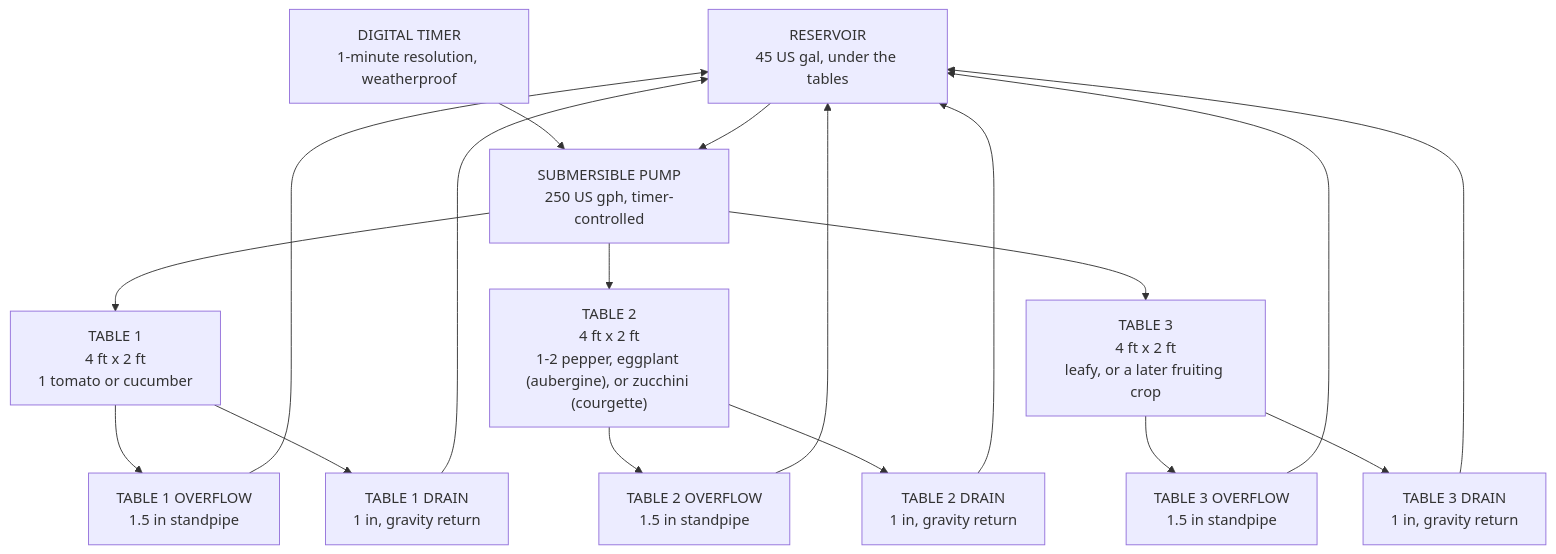
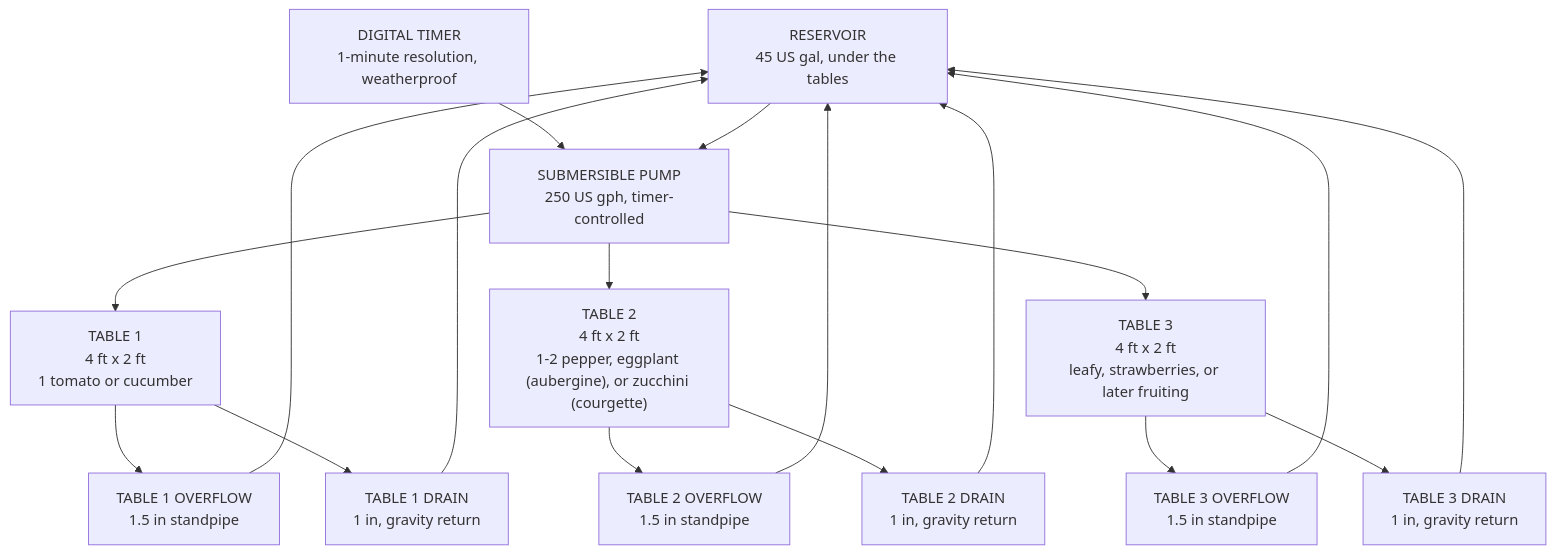
The second of 3 diagrams in guide/ebb-and-flow/01-ebb-flow-basics.md (UncleJS/guide_hydroponics), drawn with Mermaid before and after one commit. The commit also changed other lines of this file and 22 other files, not shown here.

````diff
--- a/guide/ebb-and-flow/01-ebb-flow-basics.md
+++ b/guide/ebb-and-flow/01-ebb-flow-basics.md
@@ -99,33 +99,33 @@
 ```mermaid
 flowchart TD
     RES["RESERVOIR<br/>45 US gal, under the tables"]
     PUMP["SUBMERSIBLE PUMP<br/>250 US gph, timer-controlled"]
     TIMER["DIGITAL TIMER<br/>1-minute resolution, weatherproof"]
     T1["TABLE 1<br/>4 ft x 2 ft<br/>1 tomato or cucumber"]
     T2["TABLE 2<br/>4 ft x 2 ft<br/>1-2 pepper, eggplant (aubergine), or zucchini (courgette)"]
-    T3["TABLE 3<br/>4 ft x 2 ft<br/>leafy, or a later fruiting crop"]
+    T3["TABLE 3<br/>4 ft x 2 ft<br/>leafy, strawberries, or later fruiting"]
     OF1["TABLE 1 OVERFLOW<br/>1.5 in standpipe"]
     OF2["TABLE 2 OVERFLOW<br/>1.5 in standpipe"]
     OF3["TABLE 3 OVERFLOW<br/>1.5 in standpipe"]
     DR1["TABLE 1 DRAIN<br/>1 in, gravity return"]
     DR2["TABLE 2 DRAIN<br/>1 in, gravity return"]
     DR3["TABLE 3 DRAIN<br/>1 in, gravity return"]
 
     TIMER --> PUMP
     RES --> PUMP
     PUMP --> T1
     PUMP --> T2
     PUMP --> T3
     T1 --> OF1
     T2 --> OF2
     T3 --> OF3
     T1 --> DR1
     T2 --> DR2
     T3 --> DR3
     OF1 --> RES
     OF2 --> RES
     OF3 --> RES
     DR1 --> RES
     DR2 --> RES
     DR3 --> RES
 ```
````
